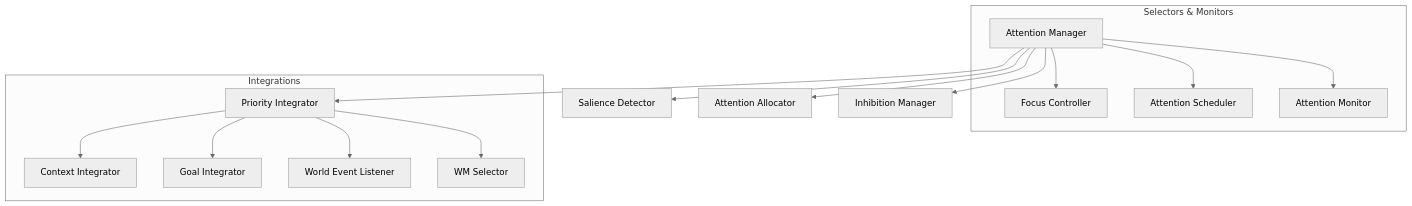
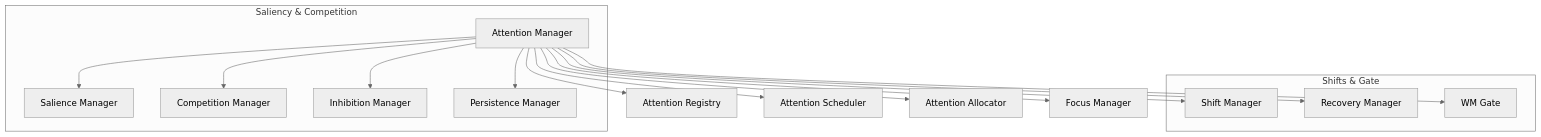
The first of 2 diagrams in docs/architecture/cognition/Attention_System_Architecture_ASA_1.md (HNDS-HSCI/ai-model), drawn with Mermaid (neutral theme) before and after one commit. The commit also changed other lines of this file, not shown here.

First line of the commit message:
Milestone 2 Inception: Expand Attention System Architecture (ASA-1) (v0.1.0-alpha)

````diff
--- a/docs/architecture/cognition/Attention_System_Architecture_ASA_1.md
+++ b/docs/architecture/cognition/Attention_System_Architecture_ASA_1.md
@@ -43,20 +44,20 @@
 ```mermaid
 graph TD
-    AM["Attention Manager"] --> SD["Salience Detector"]
-    AM --> PI["Priority Integrator"]
+    AM["Attention Manager"] --> AR["Attention Registry"]
+    AM --> AS["Attention Scheduler"]
     AM --> AA["Attention Allocator"]
-    AM --> IM["Inhibition Manager"]
+    AM --> FM["Focus Manager"]
     
-    subgraph Selectors & Monitors
-        AM --> FC["Focus Controller"]
-        AM --> AS["Attention Scheduler"]
-        AM --> AMon["Attention Monitor"]
+    subgraph Saliency & Competition
+        AM --> SM["Salience Manager"]
+        AM --> CM["Competition Manager"]
+        AM --> IM["Inhibition Manager"]
+        AM --> PM["Persistence Manager"]
     end
     
-    subgraph Integrations
-        PI --> CI["Context Integrator"]
-        PI --> GI["Goal Integrator"]
-        PI --> EL["World Event Listener"]
-        PI --> MS["WM Selector"]
+    subgraph Shifts & Gate
+        AM --> SMgr["Shift Manager"]
+        AM --> RM["Recovery Manager"]
+        AM --> WG["WM Gate"]
     end
 ```
````
